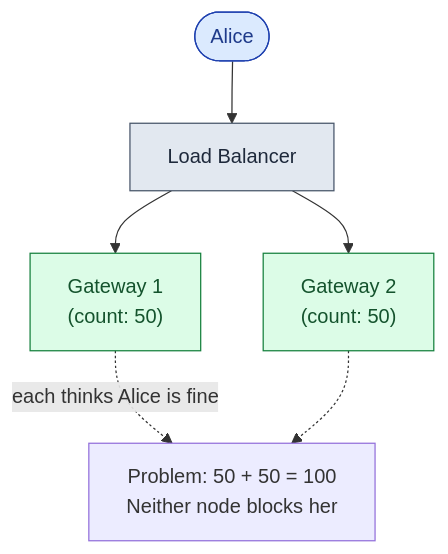
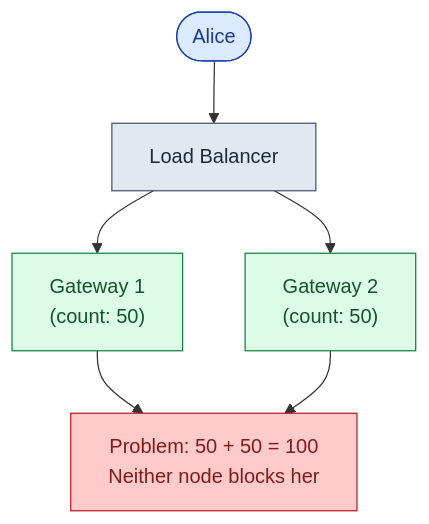
Before and after one commit to shiningflash/system-design: the fourth of 12 diagrams in problems/004-rate-limiter/question.md, drawn with Mermaid. The commit also changed other lines of this file and 37 other files, not shown here.

````diff
--- a/problems/004-rate-limiter/question.md
+++ b/problems/004-rate-limiter/question.md
@@ -165,12 +136,13 @@
 ```mermaid
 flowchart TB
     Alice([Alice]):::user --> LB["Load Balancer"]:::edge
     LB --> GW1["Gateway 1<br/>(count: 50)"]:::app
     LB --> GW2["Gateway 2<br/>(count: 50)"]:::app
-    GW1 -.each thinks Alice is fine.-> Note["Problem: 50 + 50 = 100<br/>Neither node blocks her"]
-    GW2 -.-> Note
+    GW1 --> Prob["Problem: 50 + 50 = 100<br/>Neither node blocks her"]:::bad
+    GW2 --> Prob
 
     classDef user  fill:#dbeafe,stroke:#1e40af,color:#1e3a8a
     classDef edge  fill:#e2e8f0,stroke:#475569,color:#1e293b
     classDef app   fill:#dcfce7,stroke:#15803d,color:#14532d
+    classDef bad   fill:#fecaca,stroke:#b91c1c,color:#7f1d1d
 ```
````
